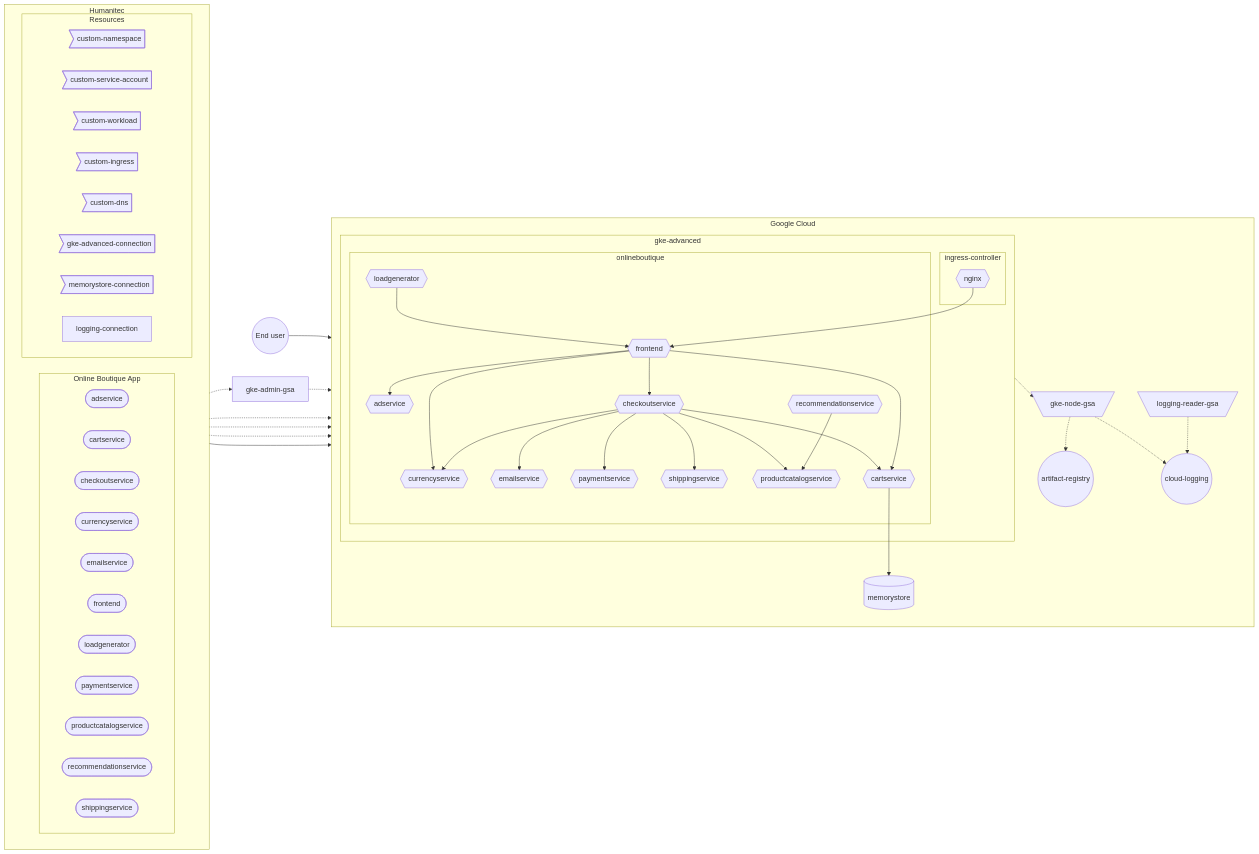
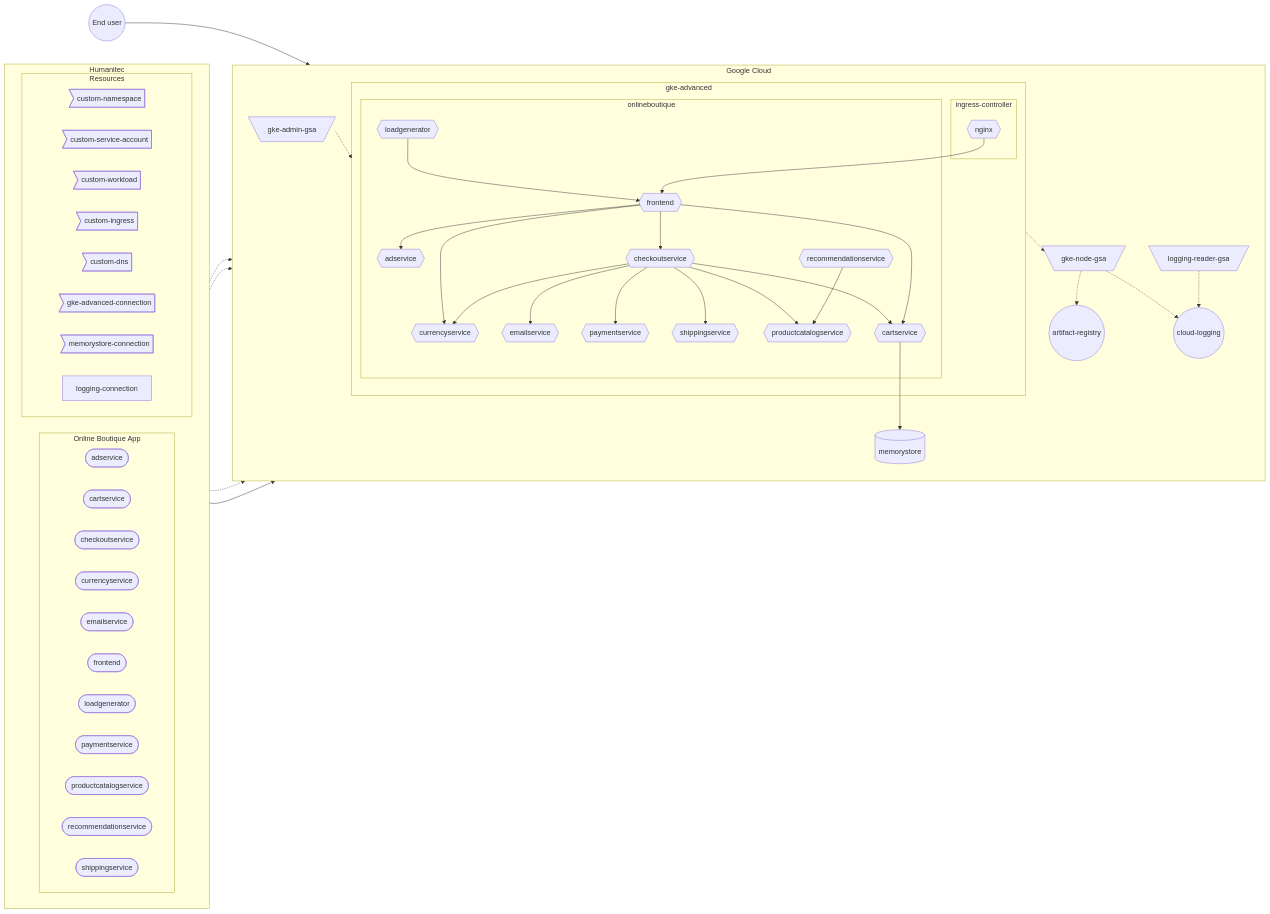
Before and after one commit to mathieu-benoit/hello-humanitec: the diagram in docs/gke-advanced.md, drawn with Mermaid. The commit also changed 1 other file, not shown here.

Commit message:
gke-admin-gsa in graphs

````diff
--- a/docs/gke-advanced.md
+++ b/docs/gke-advanced.md
@@ -15,67 +15,67 @@
 ```mermaid
 flowchart LR
   subgraph Humanitec
     direction LR
     subgraph onlineboutique-app [Online Boutique App]
       direction LR
       adservice-workload([adservice])
       cartservice-workload([cartservice])
       checkoutservice-workload([checkoutservice])
       currencyservice-workload([currencyservice])
       emailservice-workload([emailservice])
       frontend-workload([frontend])
       loadgenerator-workload([loadgenerator])
       paymentservice-workload([paymentservice])
       productcatalogservice-workload([productcatalogservice])
       recommendationservice-workload([recommendationservice])
       shippingservice-workload([shippingservice])
     end
     subgraph Resources
         custom-namespace>custom-namespace]
         custom-service-account>custom-service-account]
         custom-workload>custom-workload]
         custom-ingress>custom-ingress]
         custom-dns>custom-dns]
         gke-advanced-connection>gke-advanced-connection]
         memorystore-connection>memorystore-connection]
         logging-connection
     end
   end
   subgraph Google Cloud
     direction TB
     subgraph gke-advanced
         subgraph ingress-controller
             nginx{{nginx}}
         end
         subgraph onlineboutique
             frontend{{frontend}}-->adservice{{adservice}}
             frontend-->checkoutservice{{checkoutservice}}
             frontend-->currencyservice{{currencyservice}}
             checkoutservice-->emailservice{{emailservice}}
             checkoutservice-->paymentservice{{paymentservice}}
             checkoutservice-->currencyservice
             checkoutservice-->shippingservice{{shippingservice}}
             checkoutservice-->productcatalogservice{{productcatalogservice}}
             checkoutservice-->cartservice{{cartservice}}
             frontend-->cartservice
             loadgenerator{{loadgenerator}}-->frontend
             recommendationservice{{recommendationservice}}-->productcatalogservice
         end
         nginx-->frontend
     end
-    gke-advanced-connection-.->gke-advanced
+    gke-admin-gsa[\gke-admin-gsa/]
     memorystore-connection-.->memorystore[(memorystore)]
     onlineboutique-app-->onlineboutique
     cartservice-->memorystore
     logging-reader-gsa[\logging-reader-gsa/]
     cloud-logging((cloud-logging))
     gke-advanced-.->gke-node-gsa[\gke-node-gsa/]
     gke-node-gsa-.->artifact-registry((artifact-registry))
     gke-node-gsa-.->cloud-logging
   end
   enduser((End user))-->nginx
   logging-connection-.->logging-reader-gsa
   logging-reader-gsa-.->cloud-logging
   gke-advanced-connection-.->gke-admin-gsa
   gke-admin-gsa-.->gke-advanced
 ```
````
